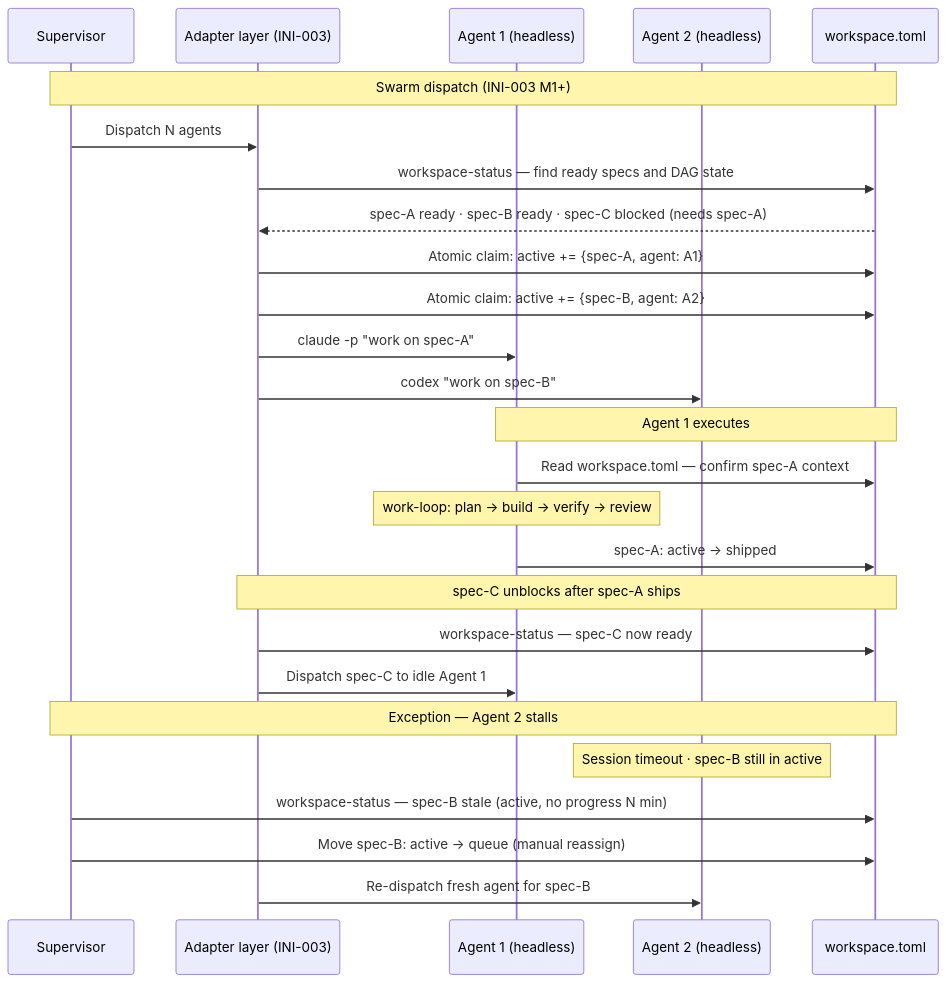
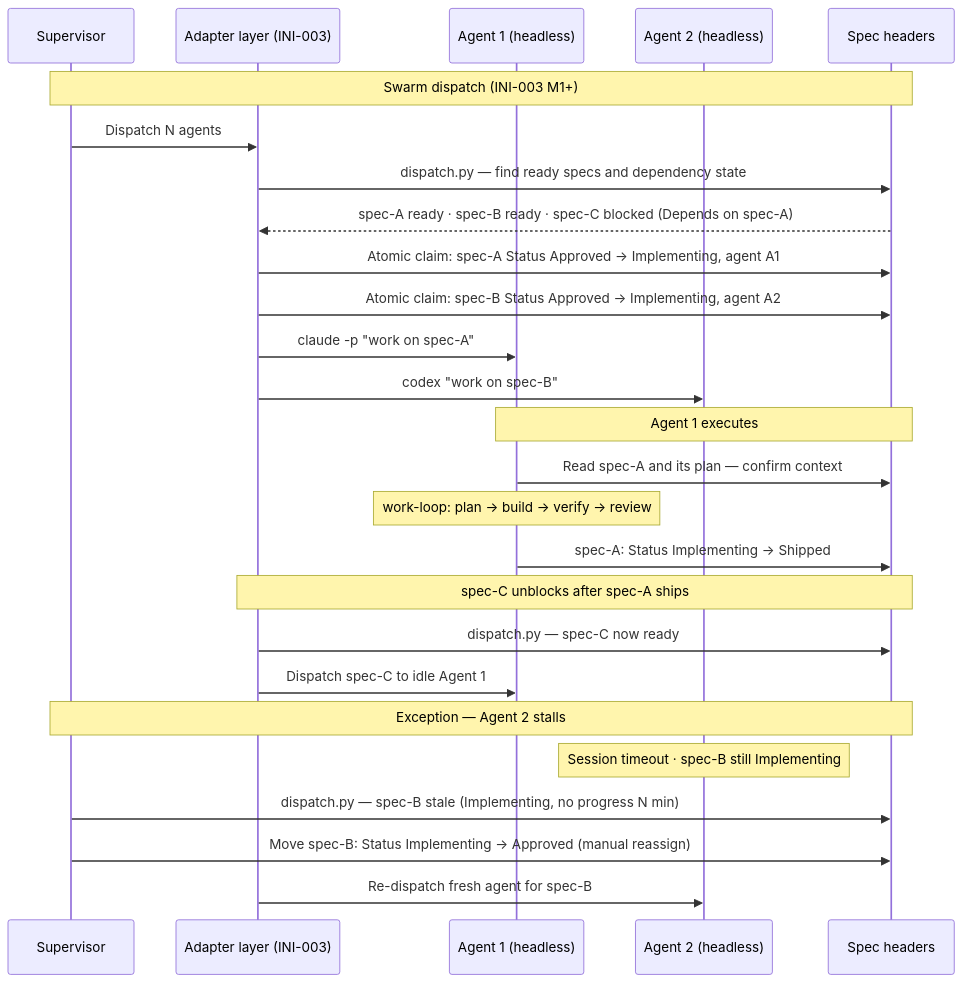
Before and after one commit to eugenelim/agent-ready-repo: the second of 2 diagrams in docs/product/journeys/engineer-scales-to-swarm.md, drawn with Mermaid. The commit also changed other lines of this file and 213 other files, not shown here.

First line of the commit message:
feat(core): publish the workspace.toml upgrade notes and move every operative reference off the registry (core 4.0.14)

````diff
--- a/docs/product/journeys/engineer-scales-to-swarm.md
+++ b/docs/product/journeys/engineer-scales-to-swarm.md
@@ -82,32 +82,32 @@
 ```mermaid
 sequenceDiagram
     participant H as Supervisor
     participant AD as Adapter layer (INI-003)
     participant A1 as Agent 1 (headless)
     participant A2 as Agent 2 (headless)
-    participant WS as workspace.toml
+    participant WS as Spec headers
 
     Note over H,WS: Swarm dispatch (INI-003 M1+)
     H->>AD: Dispatch N agents
-    AD->>WS: workspace-status — find ready specs and DAG state
-    WS-->>AD: spec-A ready · spec-B ready · spec-C blocked (needs spec-A)
-    AD->>WS: Atomic claim: active += {spec-A, agent: A1}
-    AD->>WS: Atomic claim: active += {spec-B, agent: A2}
+    AD->>WS: dispatch.py — find ready specs and dependency state
+    WS-->>AD: spec-A ready · spec-B ready · spec-C blocked (Depends on spec-A)
+    AD->>WS: Atomic claim: spec-A Status Approved → Implementing, agent A1
+    AD->>WS: Atomic claim: spec-B Status Approved → Implementing, agent A2
     AD->>A1: claude -p "work on spec-A"
     AD->>A2: codex "work on spec-B"
 
     Note over A1,WS: Agent 1 executes
-    A1->>WS: Read workspace.toml — confirm spec-A context
+    A1->>WS: Read spec-A and its plan — confirm context
     Note over A1: work-loop: plan → build → verify → review
-    A1->>WS: spec-A: active → shipped
+    A1->>WS: spec-A: Status Implementing → Shipped
 
     Note over AD,WS: spec-C unblocks after spec-A ships
-    AD->>WS: workspace-status — spec-C now ready
+    AD->>WS: dispatch.py — spec-C now ready
     AD->>A1: Dispatch spec-C to idle Agent 1
 
     Note over H,WS: Exception — Agent 2 stalls
-    Note over A2: Session timeout · spec-B still in active
-    H->>WS: workspace-status — spec-B stale (active, no progress N min)
-    H->>WS: Move spec-B: active → queue (manual reassign)
+    Note over A2: Session timeout · spec-B still Implementing
+    H->>WS: dispatch.py — spec-B stale (Implementing, no progress N min)
+    H->>WS: Move spec-B: Status Implementing → Approved (manual reassign)
     AD->>A2: Re-dispatch fresh agent for spec-B
 ```
````
